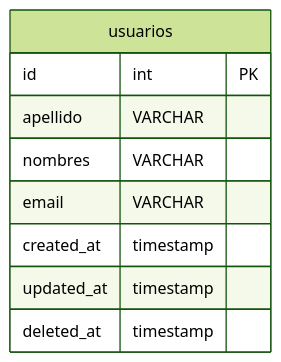
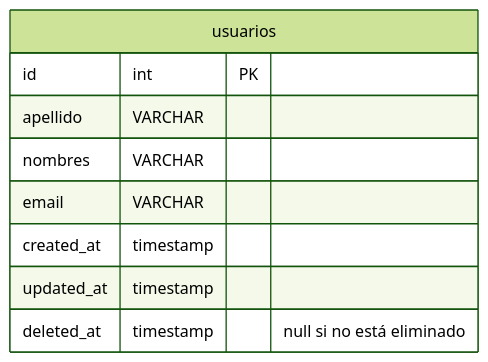
One commit to eormeno/dbacki_2024 changed the third of 5 diagrams in migrations.md. Above: the diagram before and after it, drawn with Mermaid (forest theme). The commit also changed other lines of this file, not shown here.

````diff
--- a/migrations.md
+++ b/migrations.md
@@ -66,12 +277,12 @@
 ```mermaid
 erDiagram
     usuarios {
         id int PK
         apellido VARCHAR
         nombres VARCHAR
         email VARCHAR
         created_at timestamp
         updated_at timestamp
-        deleted_at timestamp
+        deleted_at timestamp "null si no está eliminado"
     }
 ```
````
